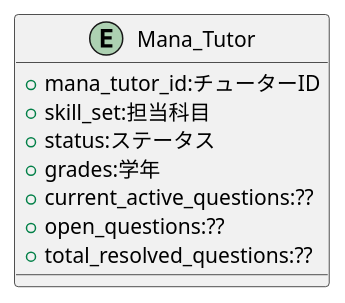
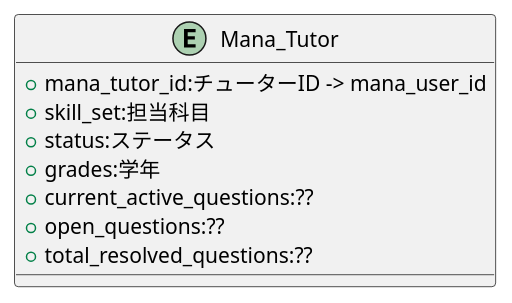
One commit to popoposorara/ERP_ER changed the diagram in Entity/Mana_Tutor.pu. Above: the diagram before and after it, drawn with PlantUML. The commit also changed 14 other files, not shown here.

```diff
--- a/Entity/Mana_Tutor.pu
+++ b/Entity/Mana_Tutor.pu
@@ -1,13 +1,13 @@
 @startuml
 
 entity "Mana_Tutor" {
-    + mana_tutor_id:チューターID
+    + mana_tutor_id:チューターID -> mana_user_id
     + skill_set:担当科目
     + status:ステータス
     + grades:学年
     + current_active_questions:??
     + open_questions:??
     + total_resolved_questions:??
 }
 
 @enduml
```
